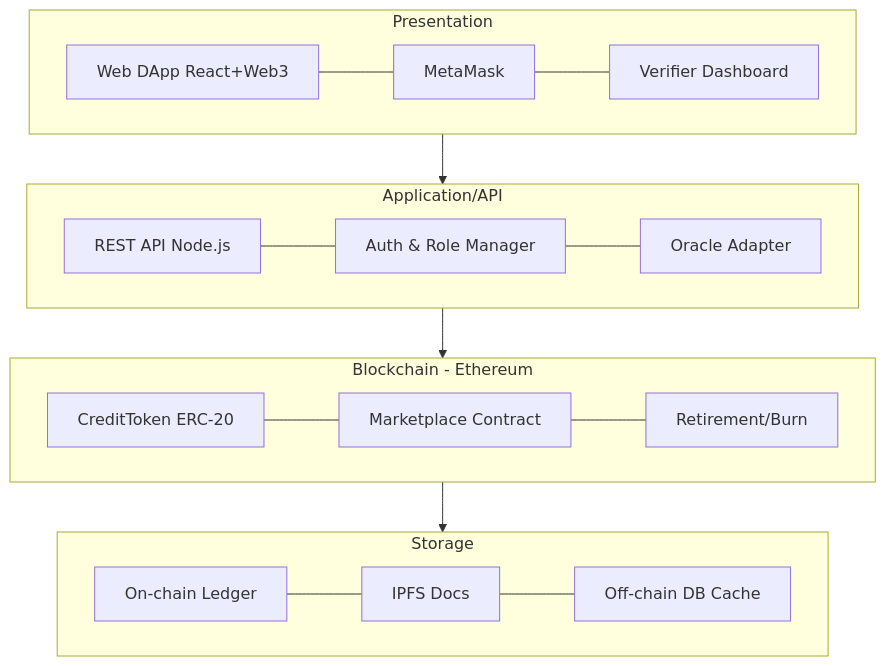
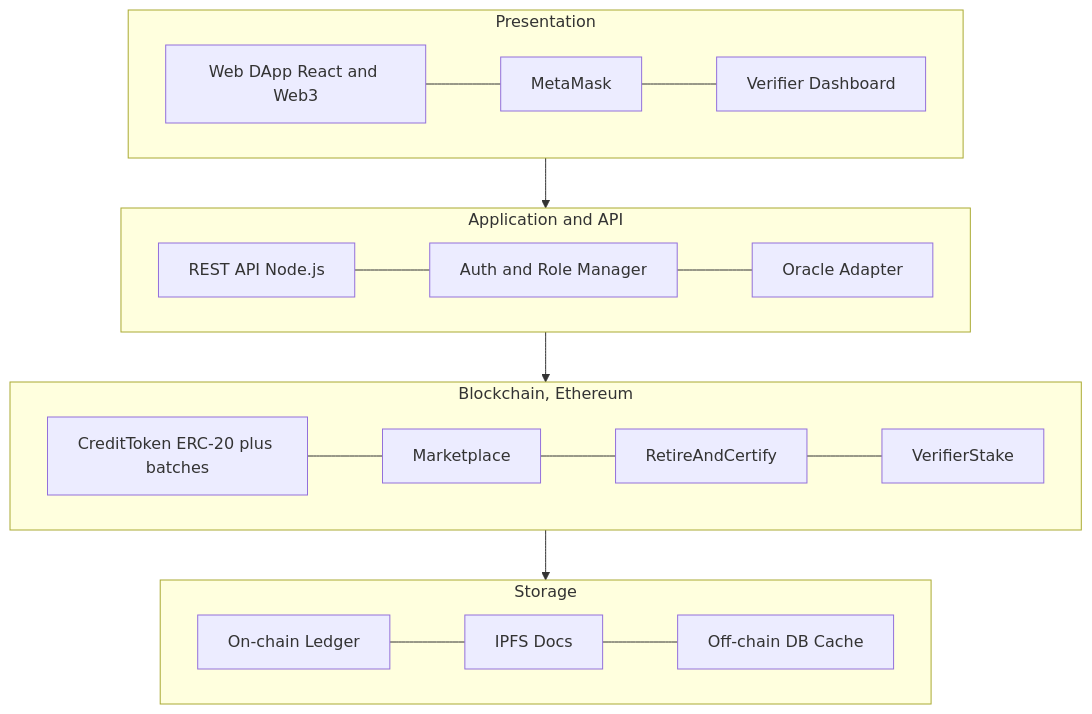
The diagram in docs/DA1_Report.md (AviDhandhania/carbon-credit-blockchain), drawn with Mermaid before and after one commit. The commit also changed other lines of this file and 10 other files, not shown here.

````diff
--- a/docs/DA1_Report.md
+++ b/docs/DA1_Report.md
@@ -100,16 +129,16 @@
 ```mermaid
 flowchart TB
   subgraph P[Presentation]
-    A[Web DApp React+Web3] --- B[MetaMask] --- C[Verifier Dashboard]
+    A[Web DApp React and Web3] --- B[MetaMask] --- C[Verifier Dashboard]
   end
-  subgraph AP[Application/API]
-    D[REST API Node.js] --- E[Auth & Role Manager] --- F[Oracle Adapter]
+  subgraph AP[Application and API]
+    D[REST API Node.js] --- E[Auth and Role Manager] --- F[Oracle Adapter]
   end
-  subgraph BC[Blockchain - Ethereum]
-    G[CreditToken ERC-20] --- H[Marketplace Contract] --- I[Retirement/Burn]
+  subgraph BC[Blockchain, Ethereum]
+    G[CreditToken ERC-20 plus batches] --- H[Marketplace] --- I[RetireAndCertify] --- J[VerifierStake]
   end
   subgraph S[Storage]
-    J[On-chain Ledger] --- K[IPFS Docs] --- L[Off-chain DB Cache]
+    K[On-chain Ledger] --- L[IPFS Docs] --- M[Off-chain DB Cache]
   end
   P --> AP --> BC --> S
 ```
````
